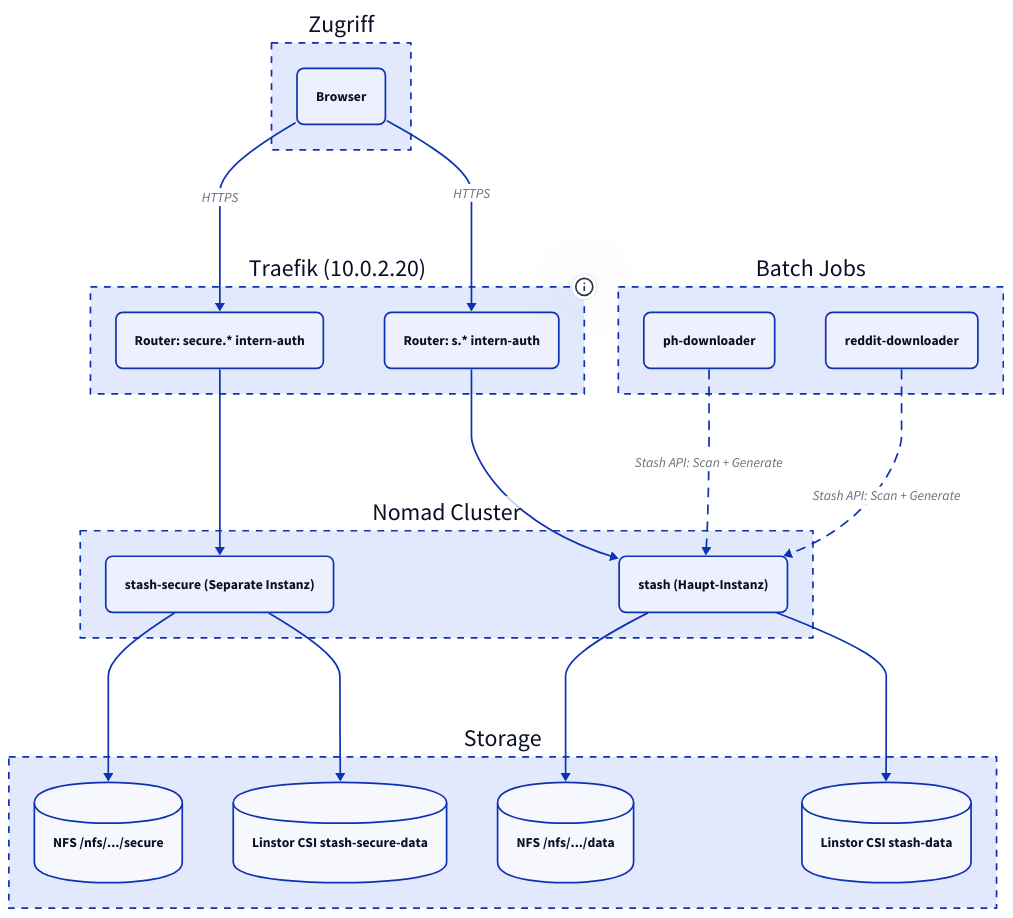
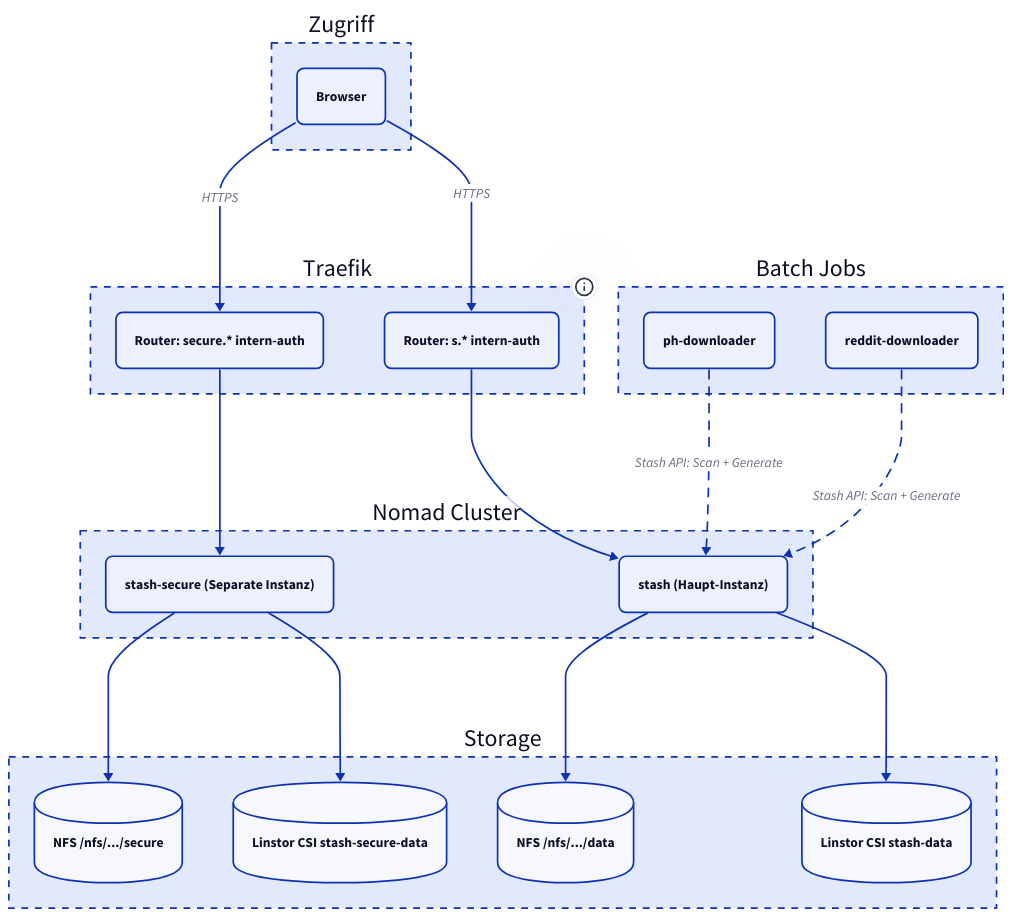
Before and after one commit to derever-labs/homelab-wiki: the diagram in docs/stash/index.md, drawn with D2. The commit also changed other lines of this file and 72 other files, not shown here.

````diff
--- a/docs/stash/index.md
+++ b/docs/stash/index.md
@@ -31,46 +30,46 @@
 ```d2
 direction: down
 
 Clients: Zugriff {
   style.stroke-dash: 4
   Browser: Browser { style.border-radius: 8 }
 }
 
-Traefik: "Traefik (10.0.2.20)" {
+Traefik: Traefik {
   style.stroke-dash: 4
   tooltip: "10.0.2.20"
   R1: "Router: s.* intern-auth" { style.border-radius: 8 }
   R2: "Router: secure.* intern-auth" { style.border-radius: 8 }
 }
 
 Nomad: Nomad Cluster {
   style.stroke-dash: 4
   S1: "stash (Haupt-Instanz)" { style.border-radius: 8 }
   S2: "stash-secure (Separate Instanz)" { style.border-radius: 8 }
 }
 
 Storage: Storage {
   style.stroke-dash: 4
   LCSI: "Linstor CSI stash-data" { shape: cylinder }
   LCSI2: "Linstor CSI stash-secure-data" { shape: cylinder }
   NFS1: "NFS /nfs/.../data" { shape: cylinder }
   NFS2: "NFS /nfs/.../secure" { shape: cylinder }
 }
 
 Batch: Batch Jobs {
   style.stroke-dash: 4
   PH: ph-downloader { style.border-radius: 8 }
   RD: reddit-downloader { style.border-radius: 8 }
 }
 
 Clients.Browser -> Traefik.R1: HTTPS
 Clients.Browser -> Traefik.R2: HTTPS
 Traefik.R1 -> Nomad.S1
 Traefik.R2 -> Nomad.S2
 Nomad.S1 -> Storage.LCSI
 Nomad.S1 -> Storage.NFS1
 Nomad.S2 -> Storage.LCSI2
 Nomad.S2 -> Storage.NFS2
 Batch.PH -> Nomad.S1: "Stash API: Scan + Generate" { style.stroke-dash: 5 }
 Batch.RD -> Nomad.S1: "Stash API: Scan + Generate" { style.stroke-dash: 5 }
 ```
````
